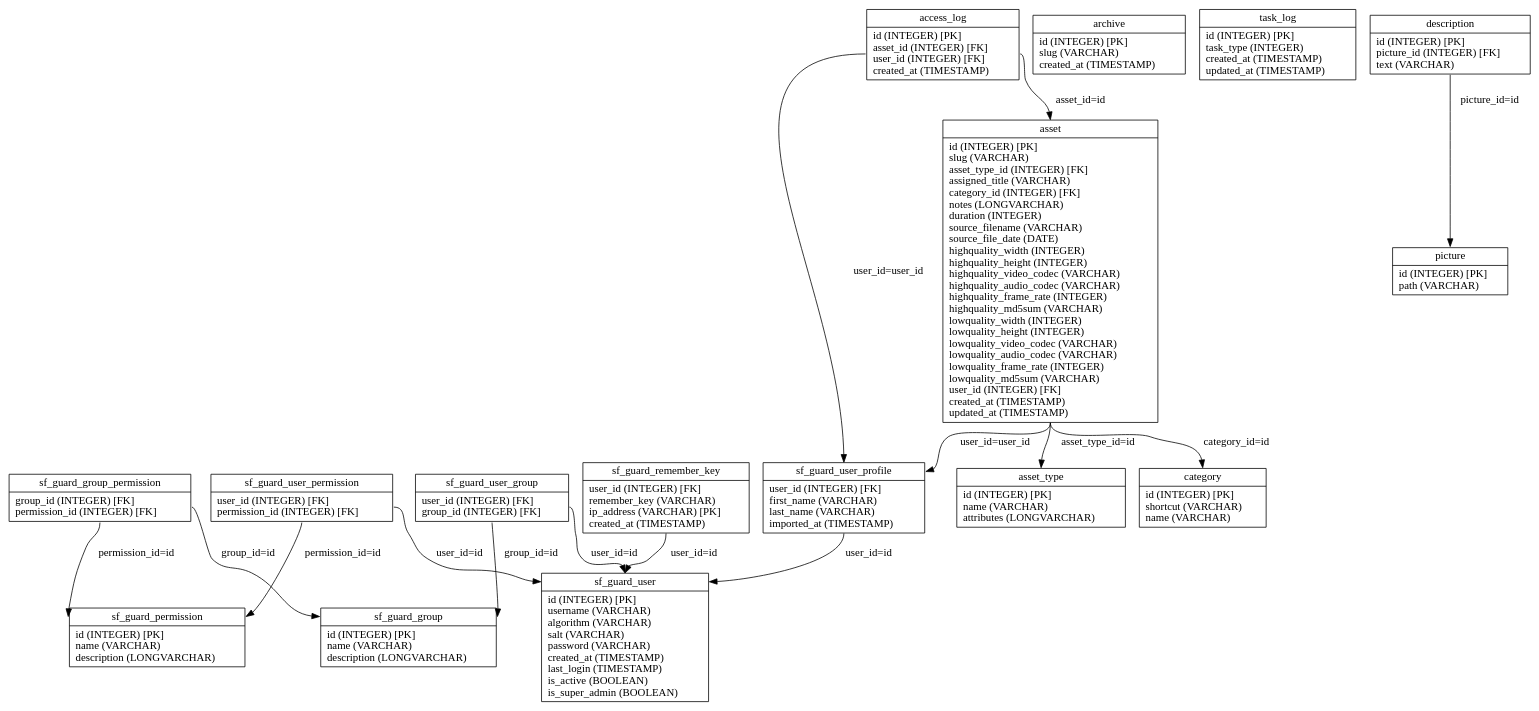
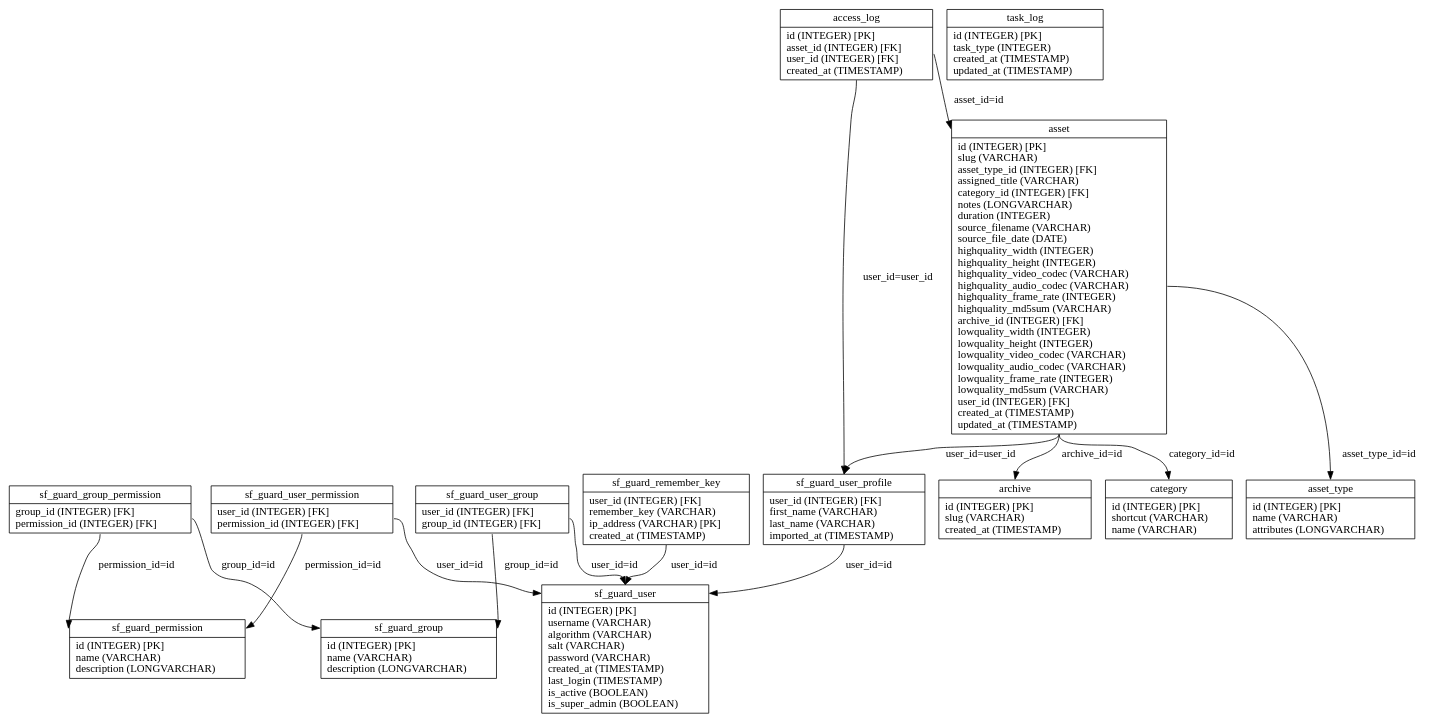
The diagram in graph/propel.schema.dot (loristissino/wviola), drawn with Graphviz before and after one commit. The commit also changed 54 other files, not shown here.

Commit message:
little change in schema, to save the archive_id

```diff
--- a/graph/propel.schema.dot
+++ b/graph/propel.schema.dot
@@ -1,33 +1,31 @@
 digraph G {
 nodesf_guard_group [label="{<table>sf_guard_group|<cols>id (INTEGER) [PK]\lname (VARCHAR)\ldescription (LONGVARCHAR)\l}", shape=record];
 nodesf_guard_permission [label="{<table>sf_guard_permission|<cols>id (INTEGER) [PK]\lname (VARCHAR)\ldescription (LONGVARCHAR)\l}", shape=record];
 nodesf_guard_group_permission [label="{<table>sf_guard_group_permission|<cols>group_id (INTEGER) [FK]\lpermission_id (INTEGER) [FK]\l}", shape=record];
 nodesf_guard_user [label="{<table>sf_guard_user|<cols>id (INTEGER) [PK]\lusername (VARCHAR)\lalgorithm (VARCHAR)\lsalt (VARCHAR)\lpassword (VARCHAR)\lcreated_at (TIMESTAMP)\llast_login (TIMESTAMP)\lis_active (BOOLEAN)\lis_super_admin (BOOLEAN)\l}", shape=record];
 nodesf_guard_user_permission [label="{<table>sf_guard_user_permission|<cols>user_id (INTEGER) [FK]\lpermission_id (INTEGER) [FK]\l}", shape=record];
 nodesf_guard_user_group [label="{<table>sf_guard_user_group|<cols>user_id (INTEGER) [FK]\lgroup_id (INTEGER) [FK]\l}", shape=record];
 nodesf_guard_remember_key [label="{<table>sf_guard_remember_key|<cols>user_id (INTEGER) [FK]\lremember_key (VARCHAR)\lip_address (VARCHAR) [PK]\lcreated_at (TIMESTAMP)\l}", shape=record];
 nodesf_guard_user_profile [label="{<table>sf_guard_user_profile|<cols>user_id (INTEGER) [FK]\lfirst_name (VARCHAR)\llast_name (VARCHAR)\limported_at (TIMESTAMP)\l}", shape=record];
 nodeasset_type [label="{<table>asset_type|<cols>id (INTEGER) [PK]\lname (VARCHAR)\lattributes (LONGVARCHAR)\l}", shape=record];
-nodeasset [label="{<table>asset|<cols>id (INTEGER) [PK]\lslug (VARCHAR)\lasset_type_id (INTEGER) [FK]\lassigned_title (VARCHAR)\lcategory_id (INTEGER) [FK]\lnotes (LONGVARCHAR)\lduration (INTEGER)\lsource_filename (VARCHAR)\lsource_file_date (DATE)\lhighquality_width (INTEGER)\lhighquality_height (INTEGER)\lhighquality_video_codec (VARCHAR)\lhighquality_audio_codec (VARCHAR)\lhighquality_frame_rate (INTEGER)\lhighquality_md5sum (VARCHAR)\llowquality_width (INTEGER)\llowquality_height (INTEGER)\llowquality_video_codec (VARCHAR)\llowquality_audio_codec (VARCHAR)\llowquality_frame_rate (INTEGER)\llowquality_md5sum (VARCHAR)\luser_id (INTEGER) [FK]\lcreated_at (TIMESTAMP)\lupdated_at (TIMESTAMP)\l}", shape=record];
+nodeasset [label="{<table>asset|<cols>id (INTEGER) [PK]\lslug (VARCHAR)\lasset_type_id (INTEGER) [FK]\lassigned_title (VARCHAR)\lcategory_id (INTEGER) [FK]\lnotes (LONGVARCHAR)\lduration (INTEGER)\lsource_filename (VARCHAR)\lsource_file_date (DATE)\lhighquality_width (INTEGER)\lhighquality_height (INTEGER)\lhighquality_video_codec (VARCHAR)\lhighquality_audio_codec (VARCHAR)\lhighquality_frame_rate (INTEGER)\lhighquality_md5sum (VARCHAR)\larchive_id (INTEGER) [FK]\llowquality_width (INTEGER)\llowquality_height (INTEGER)\llowquality_video_codec (VARCHAR)\llowquality_audio_codec (VARCHAR)\llowquality_frame_rate (INTEGER)\llowquality_md5sum (VARCHAR)\luser_id (INTEGER) [FK]\lcreated_at (TIMESTAMP)\lupdated_at (TIMESTAMP)\l}", shape=record];
 nodearchive [label="{<table>archive|<cols>id (INTEGER) [PK]\lslug (VARCHAR)\lcreated_at (TIMESTAMP)\l}", shape=record];
 nodecategory [label="{<table>category|<cols>id (INTEGER) [PK]\lshortcut (VARCHAR)\lname (VARCHAR)\l}", shape=record];
 nodeaccess_log [label="{<table>access_log|<cols>id (INTEGER) [PK]\lasset_id (INTEGER) [FK]\luser_id (INTEGER) [FK]\lcreated_at (TIMESTAMP)\l}", shape=record];
 nodetask_log [label="{<table>task_log|<cols>id (INTEGER) [PK]\ltask_type (INTEGER)\lcreated_at (TIMESTAMP)\lupdated_at (TIMESTAMP)\l}", shape=record];
-nodepicture [label="{<table>picture|<cols>id (INTEGER) [PK]\lpath (VARCHAR)\l}", shape=record];
-nodedescription [label="{<table>description|<cols>id (INTEGER) [PK]\lpicture_id (INTEGER) [FK]\ltext (VARCHAR)\l}", shape=record];
 
 nodesf_guard_group_permission:cols -> nodesf_guard_group:table [label="group_id=id "];
 nodesf_guard_group_permission:cols -> nodesf_guard_permission:table [label="permission_id=id "];
 nodesf_guard_user_permission:cols -> nodesf_guard_user:table [label="user_id=id "];
 nodesf_guard_user_permission:cols -> nodesf_guard_permission:table [label="permission_id=id "];
 nodesf_guard_user_group:cols -> nodesf_guard_user:table [label="user_id=id "];
 nodesf_guard_user_group:cols -> nodesf_guard_group:table [label="group_id=id "];
 nodesf_guard_remember_key:cols -> nodesf_guard_user:table [label="user_id=id "];
 nodesf_guard_user_profile:cols -> nodesf_guard_user:table [label="user_id=id "];
 nodeasset:cols -> nodeasset_type:table [label="asset_type_id=id "];
 nodeasset:cols -> nodecategory:table [label="category_id=id "];
+nodeasset:cols -> nodearchive:table [label="archive_id=id "];
 nodeasset:cols -> nodesf_guard_user_profile:table [label="user_id=user_id "];
 nodeaccess_log:cols -> nodeasset:table [label="asset_id=id "];
 nodeaccess_log:cols -> nodesf_guard_user_profile:table [label="user_id=user_id "];
-nodedescription:cols -> nodepicture:table [label="picture_id=id "];
 }
```
